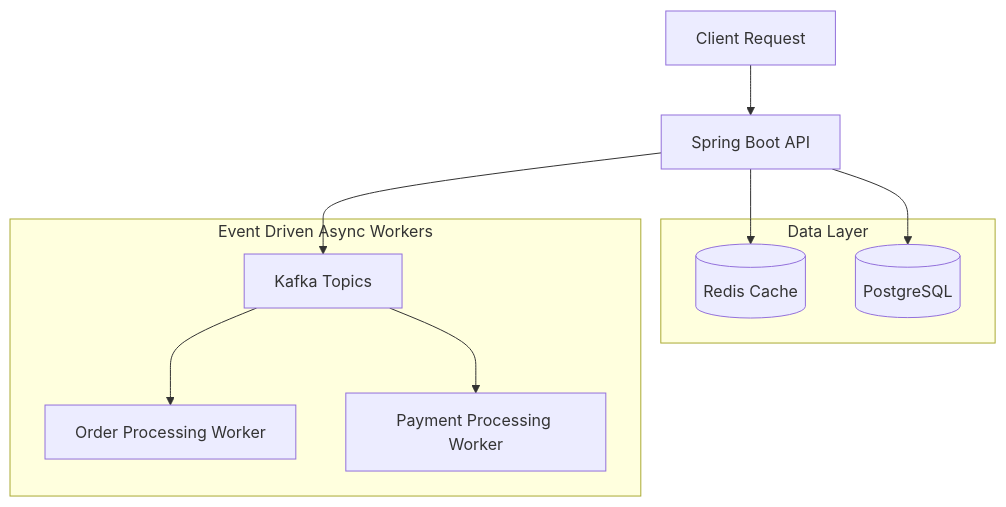
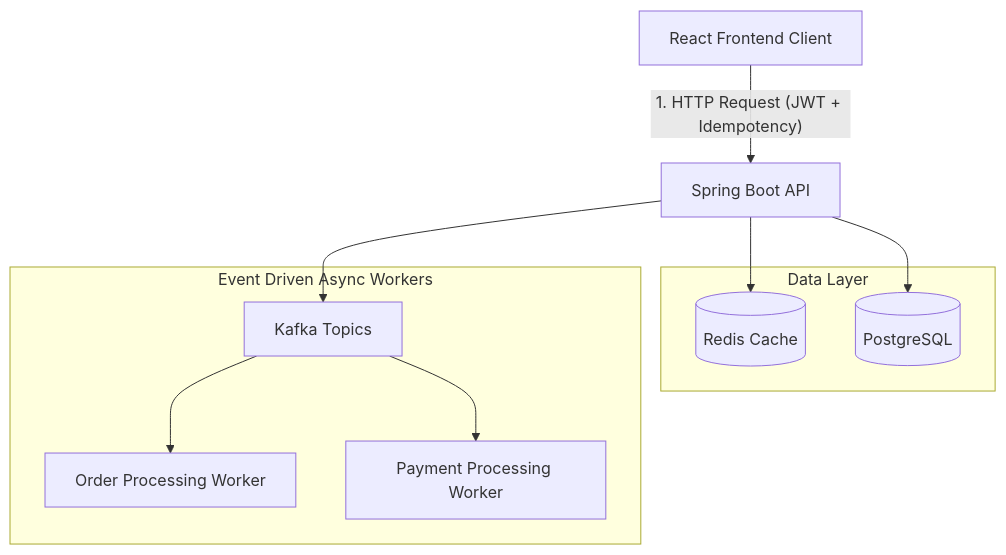
One commit to KrushnaHarde/flashflow changed the diagram in docs/ARCHITECTURE.md. Above: the diagram before and after it, drawn with Mermaid. The commit also changed other lines of this file and 4 other files, not shown here.

Commit message:
docs: update architectural documentation, workflow sequence, and setup guidelines for full-stack v1.0.0 release

````diff
--- a/docs/ARCHITECTURE.md
+++ b/docs/ARCHITECTURE.md
@@ -14,17 +15,17 @@
 ```mermaid
 graph TD
-    Client[Client Request] --> API[Spring Boot API]
+    Client[React Frontend Client] -- "1. HTTP Request (JWT + Idempotency)" --> API[Spring Boot API]
     API --> Redis[(Redis Cache)]
     API --> DB[(PostgreSQL)]
     API --> Kafka[Kafka Topics]
     
     subgraph Data Layer
         Redis
         DB
     end
     
     subgraph Event Driven Async Workers
         Kafka --> OrderProcessor[Order Processing Worker]
         Kafka --> PaymentProcessor[Payment Processing Worker]
     end
 ```
````
